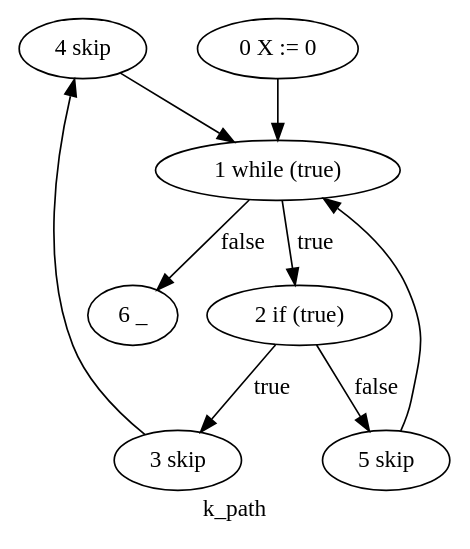
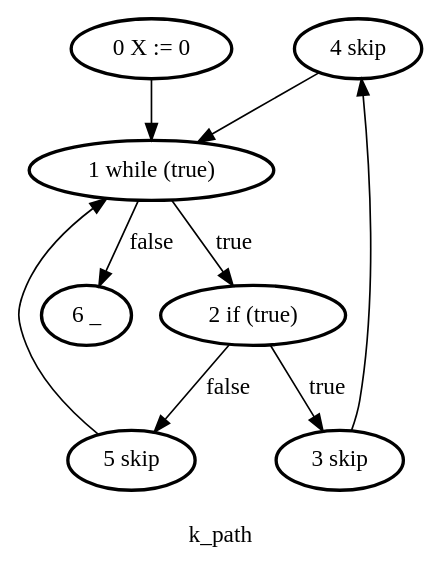
One commit to ghigi123/ivf changed the diagram in graphs/k_path.dot. Above: the diagram before and after it, drawn with Graphviz. The commit also changed 30 other files, not shown here.

```diff
--- a/graphs/k_path.dot
+++ b/graphs/k_path.dot
@@ -1,11 +1,19 @@
 digraph k_path {
-	label = k_path
+	label = "
+k_path"
 	"4 skip" -> "1 while (true)"
 	"0 X := 0" -> "1 while (true)"
+	"2 if (true)" -> "5 skip" [label = false]
+	"0 X := 0" [style = bold]
+	"6 _" [style = bold]
+	"3 skip" -> "4 skip"
+	"1 while (true)" [style = bold]
+	"2 if (true)" [style = bold]
 	"2 if (true)" -> "3 skip" [label = true]
 	"5 skip" -> "1 while (true)"
 	"1 while (true)" -> "6 _" [label = false]
+	"4 skip" [style = bold]
 	"1 while (true)" -> "2 if (true)" [label = true]
-	"2 if (true)" -> "5 skip" [label = false]
-	"3 skip" -> "4 skip"
+	"3 skip" [style = bold]
+	"5 skip" [style = bold]
 }
```
